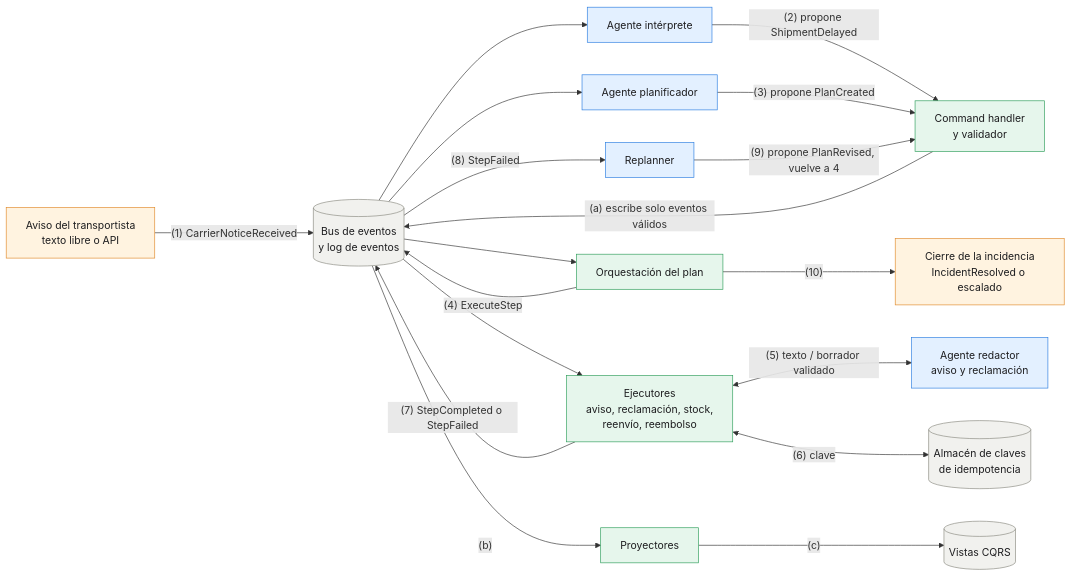
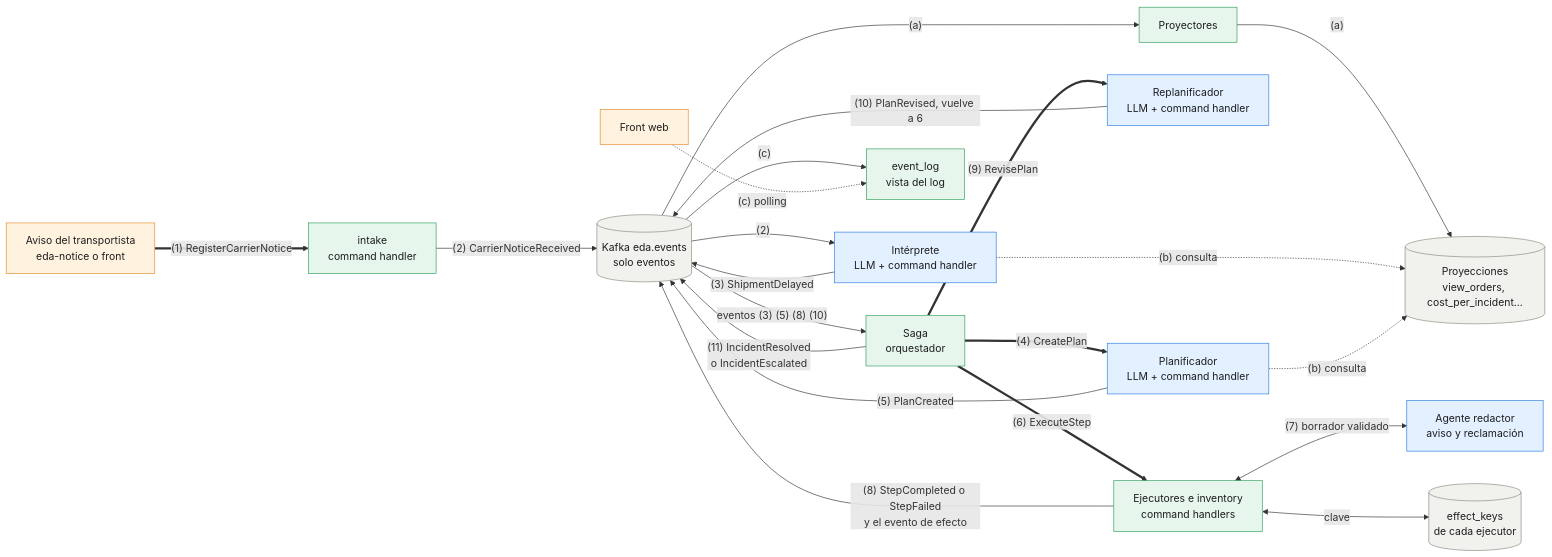
The first of 3 diagrams in docs/README.md (whinedo/eda-retail), drawn with Mermaid before and after one commit. The commit also changed other lines of this file and 1 other file, not shown here.

First line of the commit message:
docs(eda): redraw agent, saga and CQRS diagrams for REST commands

````diff
--- a/docs/README.md
+++ b/docs/README.md
@@ -13,43 +13,47 @@
 ```mermaid
 flowchart LR
-  IN["Aviso del transportista<br/>texto libre o API"]
-  BUS[("Bus de eventos<br/>y log de eventos")]
-  INT["Agente intérprete"]
-  PLN["Agente planificador"]
-  RPL["Replanner"]
-  CH["Command handler<br/>y validador"]
-  ORQ["Orquestación del plan"]
-  EXE["Ejecutores<br/>aviso, reclamación, stock,<br/>reenvío, reembolso"]
+  IN["Aviso del transportista<br/>eda-notice o front"]
+  INK["intake<br/>command handler"]
+  BUS[("Kafka eda.events<br/>solo eventos")]
+  INT["Intérprete<br/>LLM + command handler"]
+  ORQ["Saga<br/>orquestador"]
+  PLN["Planificador<br/>LLM + command handler"]
+  RPL["Replanificador<br/>LLM + command handler"]
+  EXE["Ejecutores e inventory<br/>command handlers"]
   RED["Agente redactor<br/>aviso y reclamación"]
-  IDS[("Almacén de claves<br/>de idempotencia")]
+  IDS[("effect_keys<br/>de cada ejecutor")]
   PRJ["Proyectores"]
-  VW[("Vistas CQRS")]
-  FIN["Cierre de la incidencia<br/>IncidentResolved o escalado"]
+  VW[("Proyecciones<br/>view_orders, cost_per_incident…")]
+  ELOG["event_log<br/>vista del log"]
+  WEB["Front web"]
 
-  IN -- "(1) CarrierNoticeReceived" --> BUS
-  BUS --> INT
-  INT -- "(2) propone ShipmentDelayed" --> CH
-  BUS --> PLN
-  PLN -- "(3) propone PlanCreated" --> CH
-  CH -- "(a) escribe solo eventos válidos" --> BUS
-  BUS --> ORQ
-  ORQ -- "(4) ExecuteStep" --> BUS
-  BUS --> EXE
-  EXE <-- "(5) texto / borrador validado" --> RED
-  EXE <-- "(6) clave" --> IDS
-  EXE -- "(7) StepCompleted o StepFailed" --> BUS
-  BUS -- "(8) StepFailed" --> RPL
-  RPL -- "(9) propone PlanRevised, vuelve a 4" --> CH
-  ORQ -- "(10)" --> FIN
-  BUS -- "(b)" --> PRJ
-  PRJ -- "(c)" --> VW
+  IN == "(1) RegisterCarrierNotice" ==> INK
+  INK -- "(2) CarrierNoticeReceived" --> BUS
+  BUS -- "(2)" --> INT
+  INT -- "(3) ShipmentDelayed" --> BUS
+  BUS -- "eventos (3) (5) (8) (10)" --> ORQ
+  ORQ == "(4) CreatePlan" ==> PLN
+  PLN -- "(5) PlanCreated" --> BUS
+  ORQ == "(6) ExecuteStep" ==> EXE
+  EXE <-- "(7) borrador validado" --> RED
+  EXE <-- "clave" --> IDS
+  EXE -- "(8) StepCompleted o StepFailed<br/>y el evento de efecto" --> BUS
+  ORQ == "(9) RevisePlan" ==> RPL
+  RPL -- "(10) PlanRevised, vuelve a 6" --> BUS
+  ORQ -- "(11) IncidentResolved<br/>o IncidentEscalated" --> BUS
+  BUS -- "(a)" --> PRJ
+  PRJ -- "(a)" --> VW
+  INT -. "(b) consulta" .-> VW
+  PLN -. "(b) consulta" .-> VW
+  BUS -- "(c)" --> ELOG
+  WEB -. "(c) polling" .-> ELOG
 
   classDef llm fill:#E3F0FF,stroke:#2B7DE0,color:#1d1d1f
   classDef code fill:#E6F6EC,stroke:#2E9E5B,color:#1d1d1f
   classDef data fill:#F1F1EE,stroke:#8A8A80,color:#1d1d1f
   classDef ext fill:#FFF3E0,stroke:#E08A2B,color:#1d1d1f
   class INT,PLN,RED,RPL llm
-  class CH,ORQ,EXE,PRJ code
+  class INK,ORQ,EXE,PRJ,ELOG code
   class BUS,IDS,VW data
-  class IN,FIN ext
+  class IN,WEB ext
 ```
````
